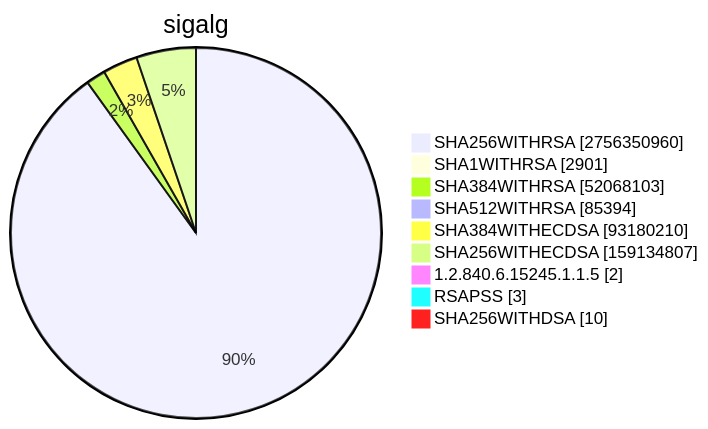
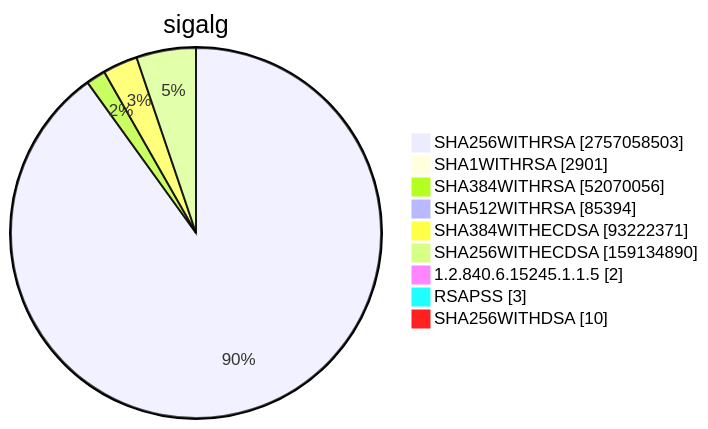
Before and after one commit to christiankrug/ctmonitor_visualization: diagram 15 of 15 in TOTAL/README.md, drawn with Mermaid. The commit also changed other lines of this file, not shown here.

````diff
--- a/TOTAL/README.md
+++ b/TOTAL/README.md
@@ -6205,13 +6205,13 @@
 ```mermaid
 pie showData
 title sigalg
-"SHA256WITHRSA" :2756350960
+"SHA256WITHRSA" :2757058503
 "SHA1WITHRSA" :2901
-"SHA384WITHRSA" :52068103
+"SHA384WITHRSA" :52070056
 "SHA512WITHRSA" :85394
-"SHA384WITHECDSA" :93180210
-"SHA256WITHECDSA" :159134807
+"SHA384WITHECDSA" :93222371
+"SHA256WITHECDSA" :159134890
 "1.2.840.6.15245.1.1.5" :2
 "RSAPSS" :3
 "SHA256WITHDSA" :10
 ```
````
